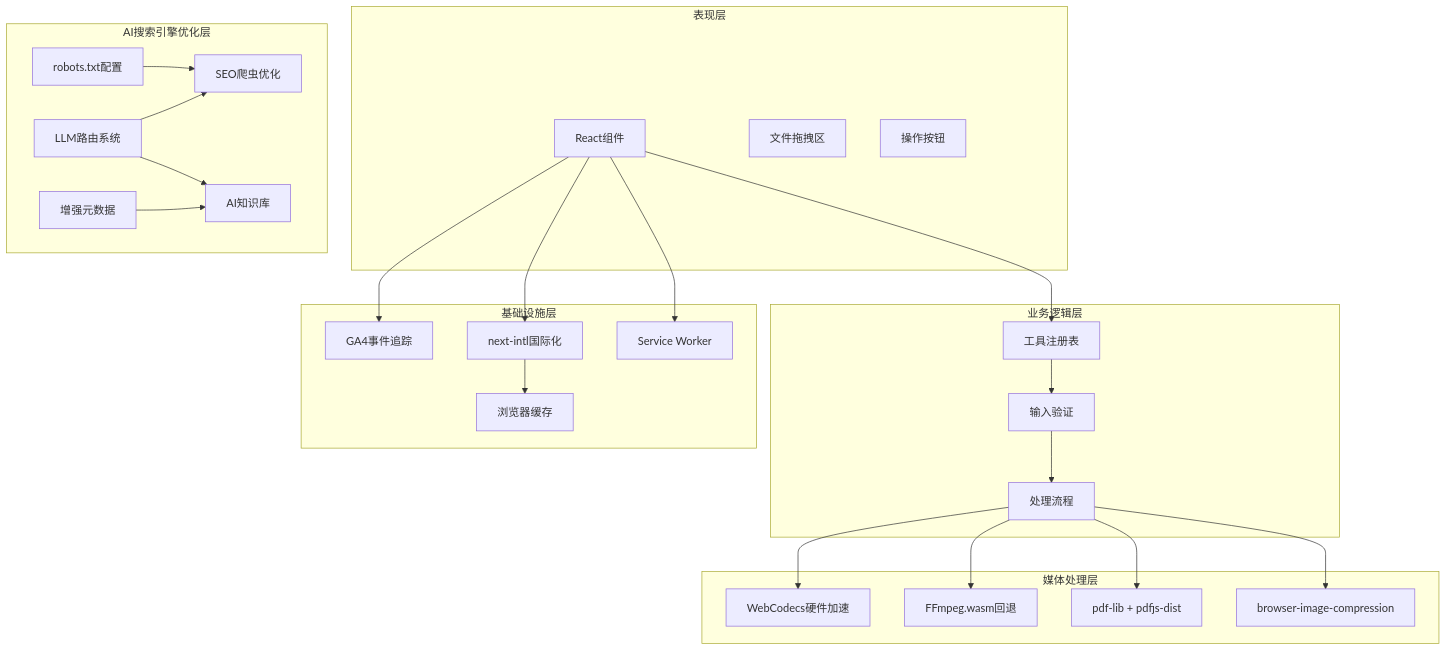
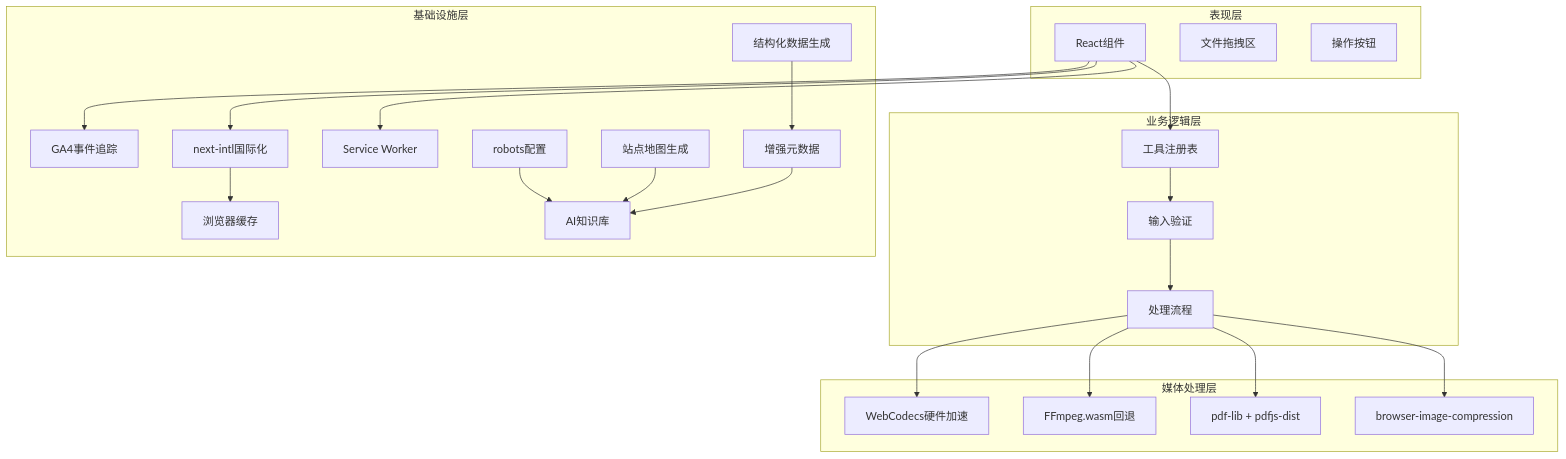
One commit to sgyy/privadeck changed the fourth of 14 diagrams in .qoder/repowiki/zh/content/性能优化/SEO内容交付系统.md. Above: the diagram before and after it, drawn with Mermaid. The commit also changed other lines of this file and 3 other files, not shown here.

````diff
--- a/.qoder/repowiki/zh/content/性能优化/SEO内容交付系统.md
+++ b/.qoder/repowiki/zh/content/性能优化/SEO内容交付系统.md
@@ -189,47 +199,45 @@
 ```mermaid
 graph TB
 subgraph "表现层"
 UI[React组件]
 DROPZONE[文件拖拽区]
 BUTTONS[操作按钮]
 end
 subgraph "业务逻辑层"
 REGISTRY[工具注册表]
 VALIDATION[输入验证]
 PROCESSING[处理流程]
 end
 subgraph "媒体处理层"
 WEBCODECS[WebCodecs硬件加速]
 FFMPEG[FFmpeg.wasm回退]
 PDFJS[pdf-lib + pdfjs-dist]
 IMAGE_COMPRESSION[browser-image-compression]
 end
 subgraph "基础设施层"
 ANALYTICS[GA4事件追踪]
 I18N[next-intl国际化]
 CACHE[浏览器缓存]
 SW[Service Worker]
-end
-subgraph "AI搜索引擎优化层"
-ROBOTS_TXT[robots.txt配置]
-LLM_ROUTES[LLM路由系统]
-SEO_CRAWLERS[SEO爬虫优化]
+JSONLD[结构化数据生成]
+ROBOTS_CONFIG[robots配置]
+SITEMAP_GENERATOR[站点地图生成]
+ENHANCED_METADATA[增强元数据]
 AI_KNOWLEDGE_BASE[AI知识库]
-ENHANCED_METADATA[增强元数据]
 end
 UI --> REGISTRY
 REGISTRY --> VALIDATION
 VALIDATION --> PROCESSING
 PROCESSING --> WEBCODECS
 PROCESSING --> FFMPEG
 PROCESSING --> PDFJS
 PROCESSING --> IMAGE_COMPRESSION
 UI --> ANALYTICS
 UI --> I18N
 I18N --> CACHE
 UI --> SW
-ROBOTS_TXT --> SEO_CRAWLERS
-LLM_ROUTES --> SEO_CRAWLERS
-LLM_ROUTES --> AI_KNOWLEDGE_BASE
+JSONLD --> ENHANCED_METADATA
+ROBOTS_CONFIG --> AI_KNOWLEDGE_BASE
+SITEMAP_GENERATOR --> AI_KNOWLEDGE_BASE
 ENHANCED_METADATA --> AI_KNOWLEDGE_BASE
 ```
````
